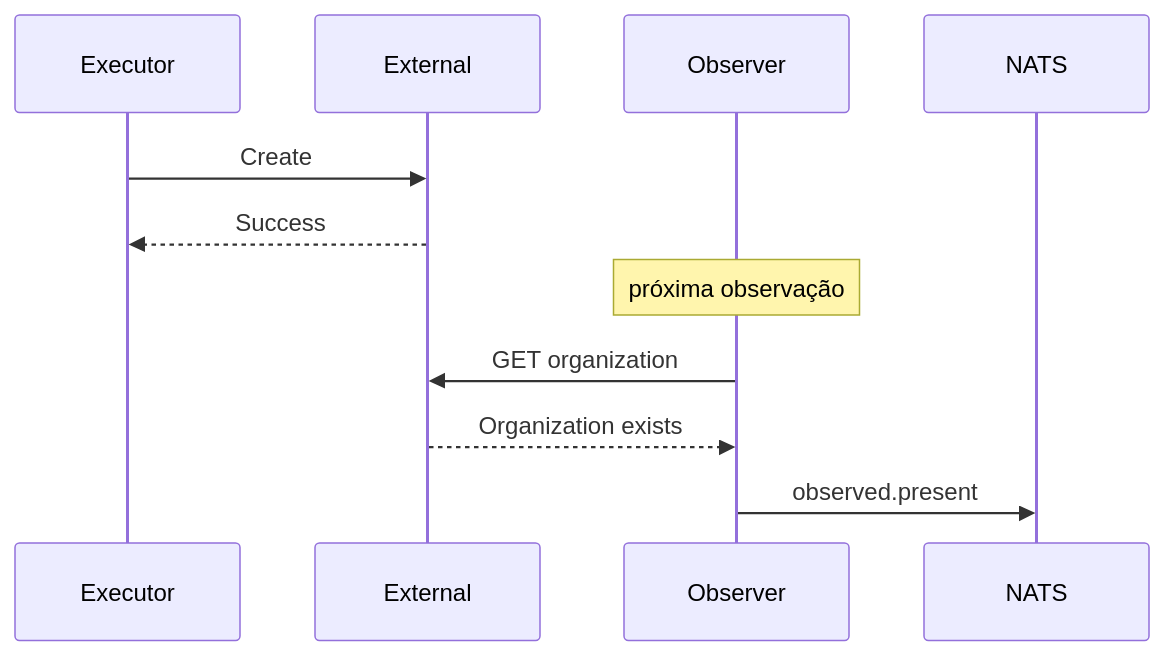
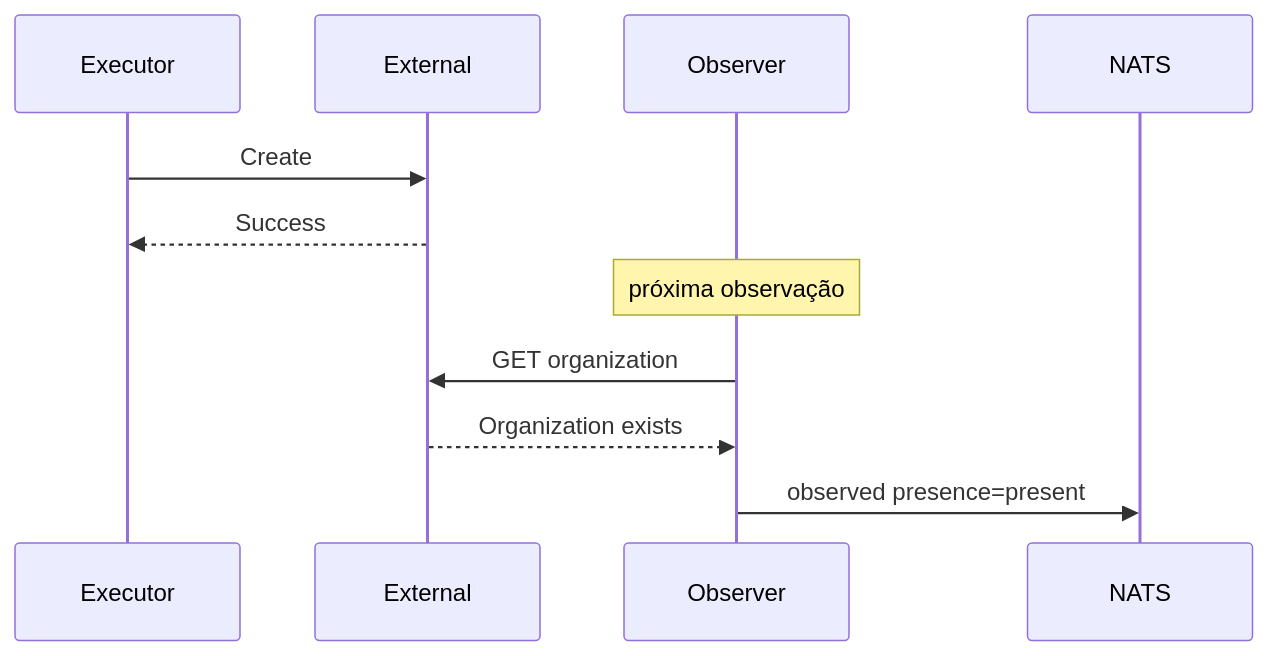
Diagram 19 of 44 in docs/RESOURCE-CONTROL-LOOP.md (danielsabatini/smarkee), drawn with Mermaid before and after one commit. The commit also changed other lines of this file and 1 other file, not shown here.

Commit message:
docs(control-loop): alinhar subjects e campos ao MESSAGING e NATS

````diff
--- a/docs/RESOURCE-CONTROL-LOOP.md
+++ b/docs/RESOURCE-CONTROL-LOOP.md
@@ -938,15 +938,15 @@
 ```mermaid
 sequenceDiagram
     participant Executor
     participant External
     participant Observer
     participant NATS
 
     Executor->>External: Create
     External-->>Executor: Success
 
     Note over Observer: próxima observação
     Observer->>External: GET organization
     External-->>Observer: Organization exists
-    Observer->>NATS: observed.present
+    Observer->>NATS: observed presence=present
 ```
````
